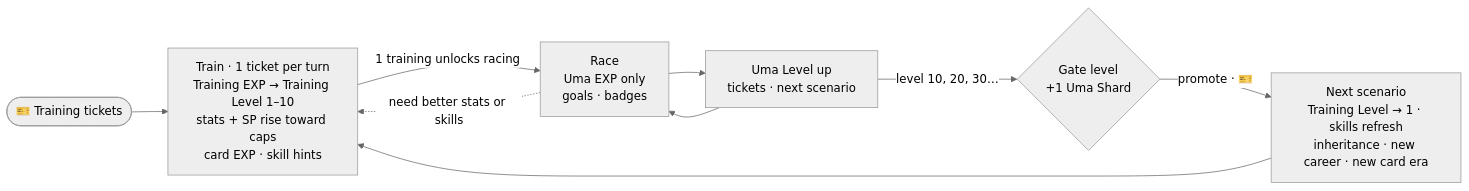
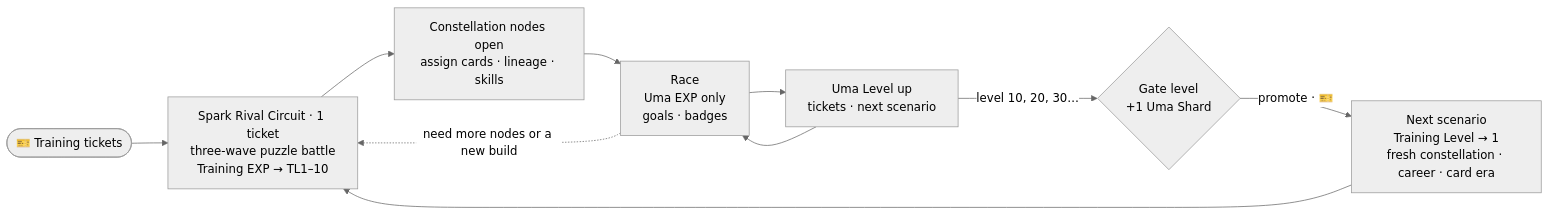
The first of 2 diagrams in docs/design/00-overview.md (luismlorenzana/uma-racer), drawn with Mermaid (neutral theme) before and after one commit. The commit also changed other lines of this file and 19 other files, not shown here.

First line of the commit message:
docs(minigames): define Spark Rival Circuit

````diff
--- a/docs/design/00-overview.md
+++ b/docs/design/00-overview.md
@@ -27,11 +27,12 @@
 ```mermaid
 flowchart LR
-    Tix([🎫 Training tickets]) --> Train
-    Train["Train · 1 ticket per turn<br/>Training EXP → Training Level 1–10<br/>stats + SP rise toward caps<br/>card EXP · skill hints"] -->|"1 training unlocks racing"| Race
+    Tix([🎫 Training tickets]) --> Spark
+    Spark["Spark Rival Circuit · 1 ticket<br/>three-wave puzzle battle<br/>Training EXP → TL1–10"] --> Nodes["Constellation nodes open<br/>assign cards · lineage · skills"]
+    Nodes --> Race
     Race["Race<br/>Uma EXP only<br/>goals · badges"] --> LevelUp["Uma Level up<br/>tickets · next scenario"]
     LevelUp --> Race
-    Race -.->|"need better stats or skills"| Train
+    Race -.->|"need more nodes or a new build"| Spark
     LevelUp -->|"level 10, 20, 30…"| Gate{"Gate level<br/>+1 Uma Shard"}
-    Gate -->|"promote · 🎫"| Next["Next scenario<br/>Training Level → 1 · skills refresh<br/>inheritance · new career · new card era"]
-    Next --> Train
+    Gate -->|"promote · 🎫"| Next["Next scenario<br/>Training Level → 1<br/>fresh constellation · career · card era"]
+    Next --> Spark
 ```
````
